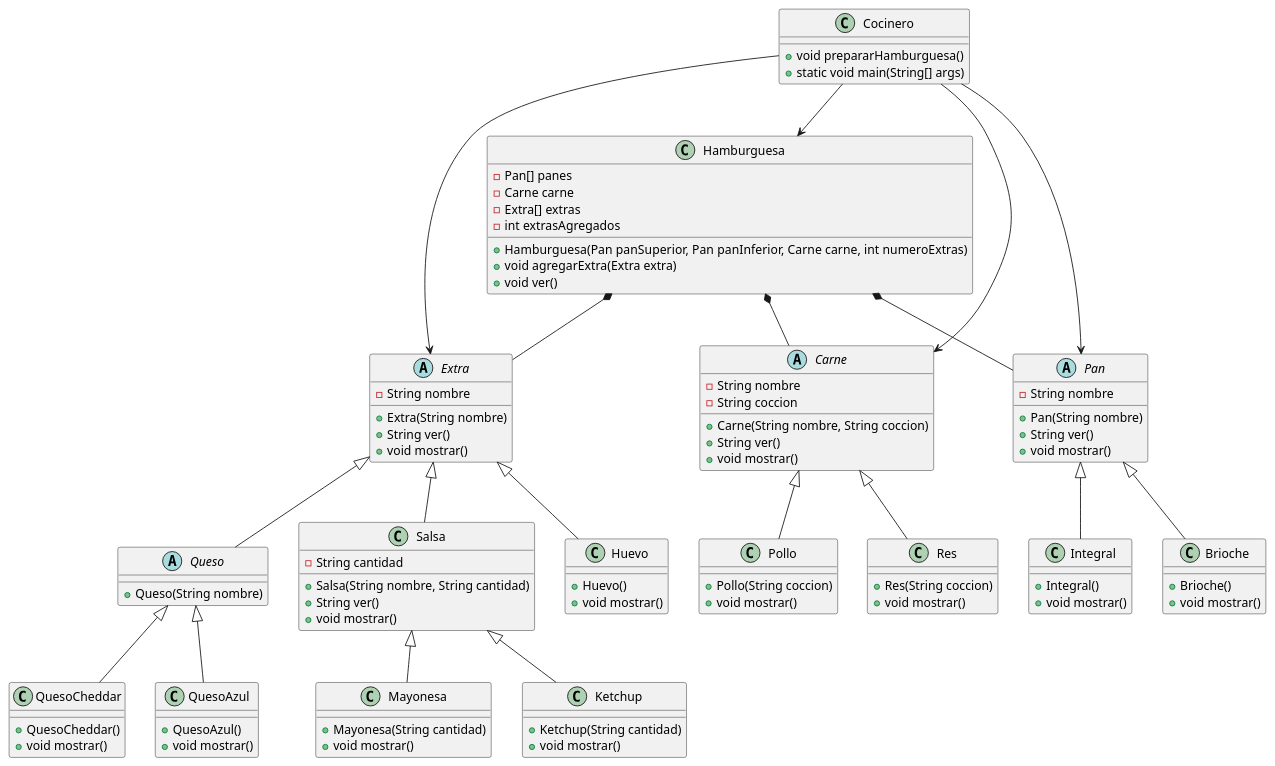
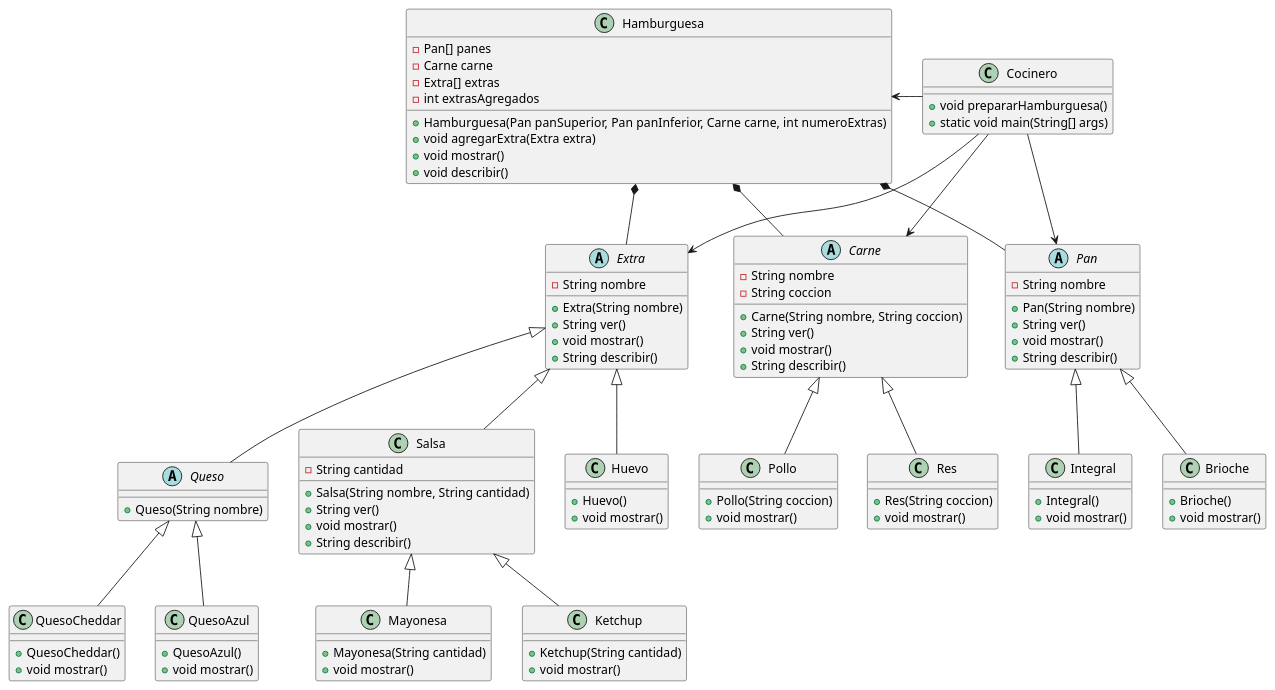
The diagram in modelosUML/modelo.puml (mmasias/23-24-pyBurguer), drawn with PlantUML before and after one commit. The commit also changed 18 other files, not shown here.

```diff
--- a/modelosUML/modelo.puml
+++ b/modelosUML/modelo.puml
@@ -1,104 +1,109 @@
 @startuml
 
 abstract class Extra {
     -String nombre
     +Extra(String nombre)
     +String ver()
     +void mostrar()
+    +String describir()
 }
 
 abstract class Queso extends Extra {
     +Queso(String nombre)
 }
 
 class QuesoCheddar extends Queso {
     +QuesoCheddar()
     +void mostrar()
 }
 
 class QuesoAzul extends Queso {
     +QuesoAzul()
     +void mostrar()
 }
 
 class Salsa extends Extra {
     -String cantidad
     +Salsa(String nombre, String cantidad)
     +String ver()
     +void mostrar()
+    +String describir()
 }
 
 class Mayonesa extends Salsa {
     +Mayonesa(String cantidad)
     +void mostrar()
 }
 
 class Ketchup extends Salsa {
     +Ketchup(String cantidad)
     +void mostrar()
 }
 
 class Huevo extends Extra {
     +Huevo()
     +void mostrar()
 }
 
 abstract class Carne {
     -String nombre
     -String coccion
     +Carne(String nombre, String coccion)
     +String ver()
     +void mostrar()
+    +String describir()
 }
 
 class Res extends Carne {
     +Res(String coccion)
     +void mostrar()
 }
 
 class Pollo extends Carne {
     +Pollo(String coccion)
     +void mostrar()
 }
 
 abstract class Pan {
     -String nombre
     +Pan(String nombre)
     +String ver()
     +void mostrar()
+    +String describir()
 }
 
 class Brioche extends Pan {
     +Brioche()
     +void mostrar()
 }
 
 class Integral extends Pan {
     +Integral()
     +void mostrar()
 }
 
 class Hamburguesa {
     -Pan[] panes
     -Carne carne
     -Extra[] extras
     -int extrasAgregados
     +Hamburguesa(Pan panSuperior, Pan panInferior, Carne carne, int numeroExtras)
     +void agregarExtra(Extra extra)
-    +void ver()
+    +void mostrar()
+    +void describir()
 }
 
 class Cocinero {
     +void prepararHamburguesa()
     +static void main(String[] args)
 }
 
 Cocinero --> Pan
 Cocinero --> Carne
 Cocinero --> Extra
-Cocinero --> Hamburguesa
+Cocinero -l-> Hamburguesa
 Hamburguesa *-- Pan
 Hamburguesa *-- Carne
 Hamburguesa *-- Extra
 
 @enduml
```
